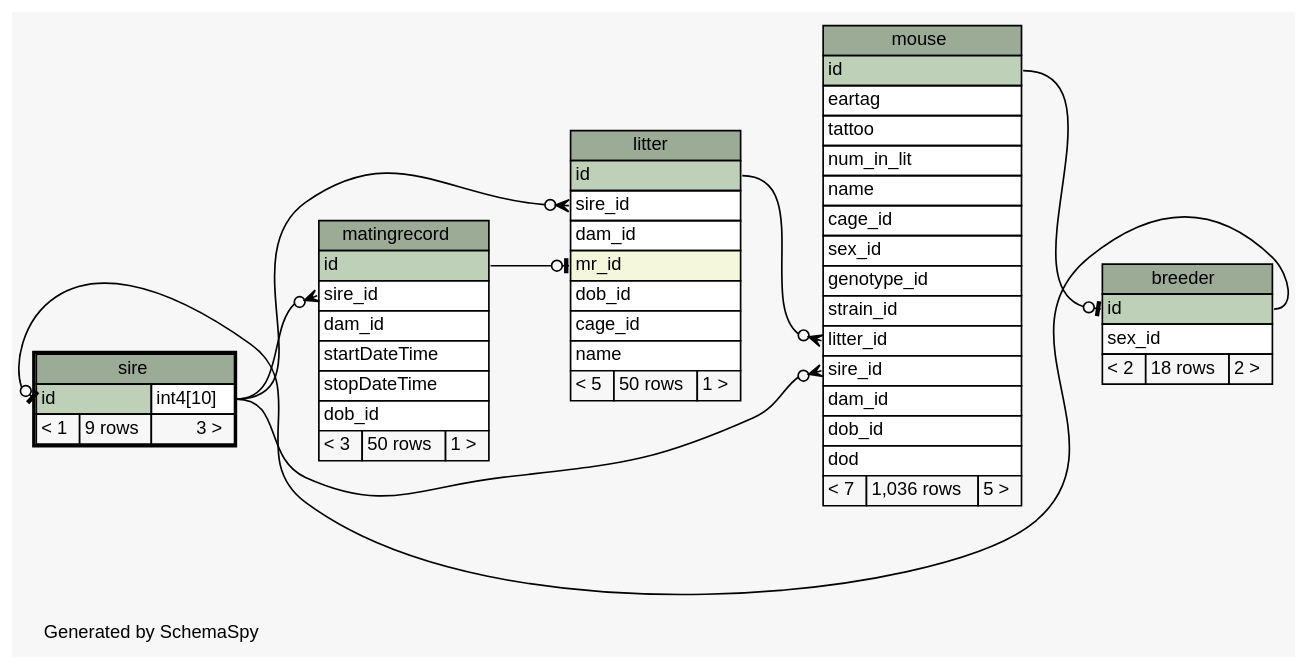
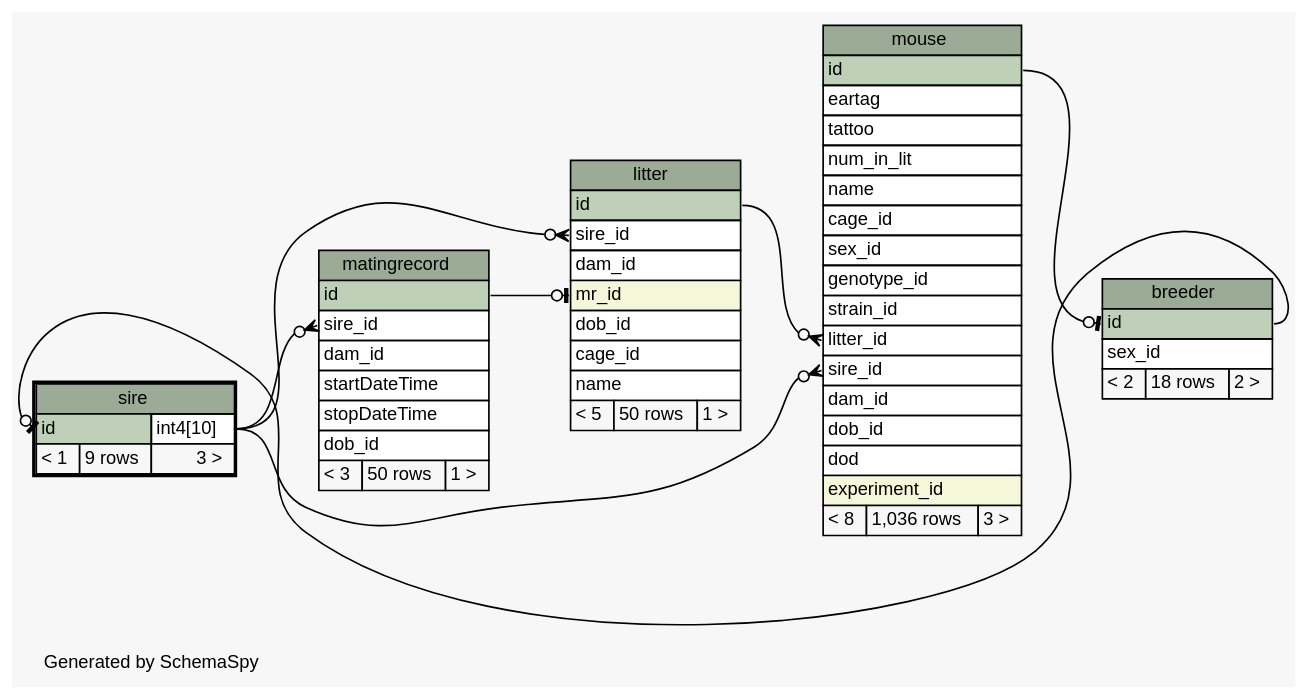
The diagram in database/ss/diagrams/sire.1degree.dot (tgbugs/mlab), drawn with Graphviz before and after one commit. The commit also changed 216 other files, not shown here.

```diff
--- a/database/ss/diagrams/sire.1degree.dot
+++ b/database/ss/diagrams/sire.1degree.dot
@@ -1,104 +1,105 @@
 // dot 2.32.0 on Windows 7 6.1
 // SchemaSpy rev 590
 digraph "oneDegreeRelationshipsDiagram" {
   graph [
     rankdir="RL"
     bgcolor="#f7f7f7"
     label="\nGenerated by SchemaSpy"
     labeljust="l"
     nodesep="0.18"
     ranksep="0.46"
     fontname="Helvetica"
     fontsize="11"
   ];
   node [
     fontname="Helvetica"
     fontsize="11"
     shape="plaintext"
   ];
   edge [
     arrowsize="0.8"
   ];
   "breeder":"id":w -> "mouse":"id":e [arrowhead=none dir=back arrowtail=teeodot];
   "litter":"mr_id":w -> "matingrecord":"id":e [arrowhead=none dir=back arrowtail=teeodot];
   "litter":"sire_id":w -> "sire":"id.type":e [arrowhead=none dir=back arrowtail=crowodot];
   "matingrecord":"sire_id":w -> "sire":"id.type":e [arrowhead=none dir=back arrowtail=crowodot];
   "mouse":"litter_id":w -> "litter":"id":e [arrowhead=none dir=back arrowtail=crowodot];
   "mouse":"sire_id":w -> "sire":"id.type":e [arrowhead=none dir=back arrowtail=crowodot];
   "sire":"id":w -> "breeder":"id":e [arrowhead=none dir=back arrowtail=teeodot];
   "breeder" [
     label=<
     <TABLE BORDER="0" CELLBORDER="1" CELLSPACING="0" BGCOLOR="#ffffff">
       <TR><TD COLSPAN="3" BGCOLOR="#9bab96" ALIGN="CENTER">breeder</TD></TR>
       <TR><TD PORT="id" COLSPAN="3" BGCOLOR="#bed1b8" ALIGN="LEFT">id</TD></TR>
       <TR><TD PORT="sex_id" COLSPAN="3" ALIGN="LEFT">sex_id</TD></TR>
       <TR><TD ALIGN="LEFT" BGCOLOR="#f7f7f7">&lt; 2</TD><TD ALIGN="RIGHT" BGCOLOR="#f7f7f7">18 rows</TD><TD ALIGN="RIGHT" BGCOLOR="#f7f7f7">2 &gt;</TD></TR>
     </TABLE>>
     URL="breeder.html"
     tooltip="breeder"
   ];
   "litter" [
     label=<
     <TABLE BORDER="0" CELLBORDER="1" CELLSPACING="0" BGCOLOR="#ffffff">
       <TR><TD COLSPAN="3" BGCOLOR="#9bab96" ALIGN="CENTER">litter</TD></TR>
       <TR><TD PORT="id" COLSPAN="3" BGCOLOR="#bed1b8" ALIGN="LEFT">id</TD></TR>
       <TR><TD PORT="sire_id" COLSPAN="3" ALIGN="LEFT">sire_id</TD></TR>
       <TR><TD PORT="dam_id" COLSPAN="3" ALIGN="LEFT">dam_id</TD></TR>
       <TR><TD PORT="mr_id" COLSPAN="3" BGCOLOR="#f4f7da" ALIGN="LEFT">mr_id</TD></TR>
       <TR><TD PORT="dob_id" COLSPAN="3" ALIGN="LEFT">dob_id</TD></TR>
       <TR><TD PORT="cage_id" COLSPAN="3" ALIGN="LEFT">cage_id</TD></TR>
       <TR><TD PORT="name" COLSPAN="3" ALIGN="LEFT">name</TD></TR>
       <TR><TD ALIGN="LEFT" BGCOLOR="#f7f7f7">&lt; 5</TD><TD ALIGN="RIGHT" BGCOLOR="#f7f7f7">50 rows</TD><TD ALIGN="RIGHT" BGCOLOR="#f7f7f7">1 &gt;</TD></TR>
     </TABLE>>
     URL="litter.html"
     tooltip="litter"
   ];
   "matingrecord" [
     label=<
     <TABLE BORDER="0" CELLBORDER="1" CELLSPACING="0" BGCOLOR="#ffffff">
       <TR><TD COLSPAN="3" BGCOLOR="#9bab96" ALIGN="CENTER">matingrecord</TD></TR>
       <TR><TD PORT="id" COLSPAN="3" BGCOLOR="#bed1b8" ALIGN="LEFT">id</TD></TR>
       <TR><TD PORT="sire_id" COLSPAN="3" ALIGN="LEFT">sire_id</TD></TR>
       <TR><TD PORT="dam_id" COLSPAN="3" ALIGN="LEFT">dam_id</TD></TR>
       <TR><TD PORT="startDateTime" COLSPAN="3" ALIGN="LEFT">startDateTime</TD></TR>
       <TR><TD PORT="stopDateTime" COLSPAN="3" ALIGN="LEFT">stopDateTime</TD></TR>
       <TR><TD PORT="dob_id" COLSPAN="3" ALIGN="LEFT">dob_id</TD></TR>
       <TR><TD ALIGN="LEFT" BGCOLOR="#f7f7f7">&lt; 3</TD><TD ALIGN="RIGHT" BGCOLOR="#f7f7f7">50 rows</TD><TD ALIGN="RIGHT" BGCOLOR="#f7f7f7">1 &gt;</TD></TR>
     </TABLE>>
     URL="matingrecord.html"
     tooltip="matingrecord"
   ];
   "mouse" [
     label=<
     <TABLE BORDER="0" CELLBORDER="1" CELLSPACING="0" BGCOLOR="#ffffff">
       <TR><TD COLSPAN="3" BGCOLOR="#9bab96" ALIGN="CENTER">mouse</TD></TR>
       <TR><TD PORT="id" COLSPAN="3" BGCOLOR="#bed1b8" ALIGN="LEFT">id</TD></TR>
       <TR><TD PORT="eartag" COLSPAN="3" ALIGN="LEFT">eartag</TD></TR>
       <TR><TD PORT="tattoo" COLSPAN="3" ALIGN="LEFT">tattoo</TD></TR>
       <TR><TD PORT="num_in_lit" COLSPAN="3" ALIGN="LEFT">num_in_lit</TD></TR>
       <TR><TD PORT="name" COLSPAN="3" ALIGN="LEFT">name</TD></TR>
       <TR><TD PORT="cage_id" COLSPAN="3" ALIGN="LEFT">cage_id</TD></TR>
       <TR><TD PORT="sex_id" COLSPAN="3" ALIGN="LEFT">sex_id</TD></TR>
       <TR><TD PORT="genotype_id" COLSPAN="3" ALIGN="LEFT">genotype_id</TD></TR>
       <TR><TD PORT="strain_id" COLSPAN="3" ALIGN="LEFT">strain_id</TD></TR>
       <TR><TD PORT="litter_id" COLSPAN="3" ALIGN="LEFT">litter_id</TD></TR>
       <TR><TD PORT="sire_id" COLSPAN="3" ALIGN="LEFT">sire_id</TD></TR>
       <TR><TD PORT="dam_id" COLSPAN="3" ALIGN="LEFT">dam_id</TD></TR>
       <TR><TD PORT="dob_id" COLSPAN="3" ALIGN="LEFT">dob_id</TD></TR>
       <TR><TD PORT="dod" COLSPAN="3" ALIGN="LEFT">dod</TD></TR>
-      <TR><TD ALIGN="LEFT" BGCOLOR="#f7f7f7">&lt; 7</TD><TD ALIGN="RIGHT" BGCOLOR="#f7f7f7">1,036 rows</TD><TD ALIGN="RIGHT" BGCOLOR="#f7f7f7">5 &gt;</TD></TR>
+      <TR><TD PORT="experiment_id" COLSPAN="3" BGCOLOR="#f4f7da" ALIGN="LEFT">experiment_id</TD></TR>
+      <TR><TD ALIGN="LEFT" BGCOLOR="#f7f7f7">&lt; 8</TD><TD ALIGN="RIGHT" BGCOLOR="#f7f7f7">1,036 rows</TD><TD ALIGN="RIGHT" BGCOLOR="#f7f7f7">3 &gt;</TD></TR>
     </TABLE>>
     URL="mouse.html"
     tooltip="mouse"
   ];
   "sire" [
     label=<
     <TABLE BORDER="2" CELLBORDER="1" CELLSPACING="0" BGCOLOR="#ffffff">
       <TR><TD COLSPAN="3" BGCOLOR="#9bab96" ALIGN="CENTER">sire</TD></TR>
       <TR><TD PORT="id" COLSPAN="2" BGCOLOR="#bed1b8" ALIGN="LEFT">id</TD><TD PORT="id.type" ALIGN="LEFT">int4[10]</TD></TR>
       <TR><TD ALIGN="LEFT" BGCOLOR="#f7f7f7">&lt; 1</TD><TD ALIGN="RIGHT" BGCOLOR="#f7f7f7">9 rows</TD><TD ALIGN="RIGHT" BGCOLOR="#f7f7f7">3 &gt;</TD></TR>
     </TABLE>>
     URL="sire.html"
     tooltip="sire"
   ];
 }
```
